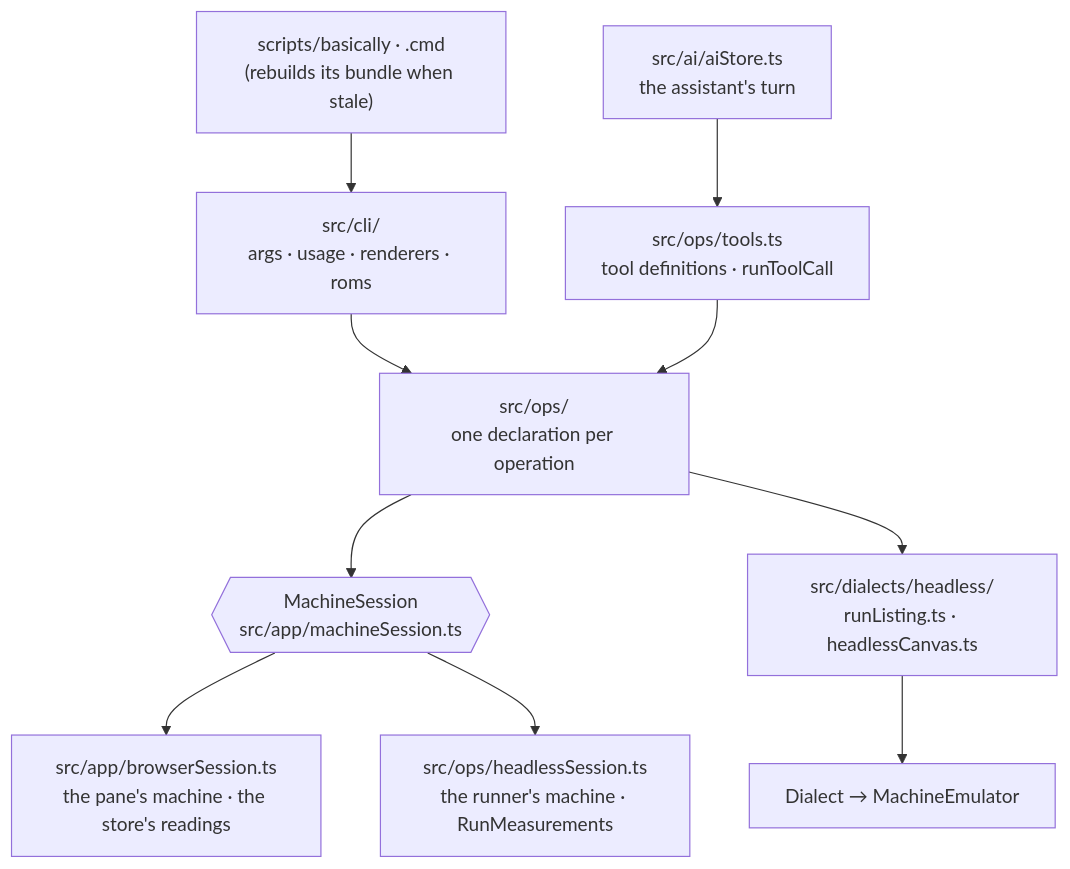
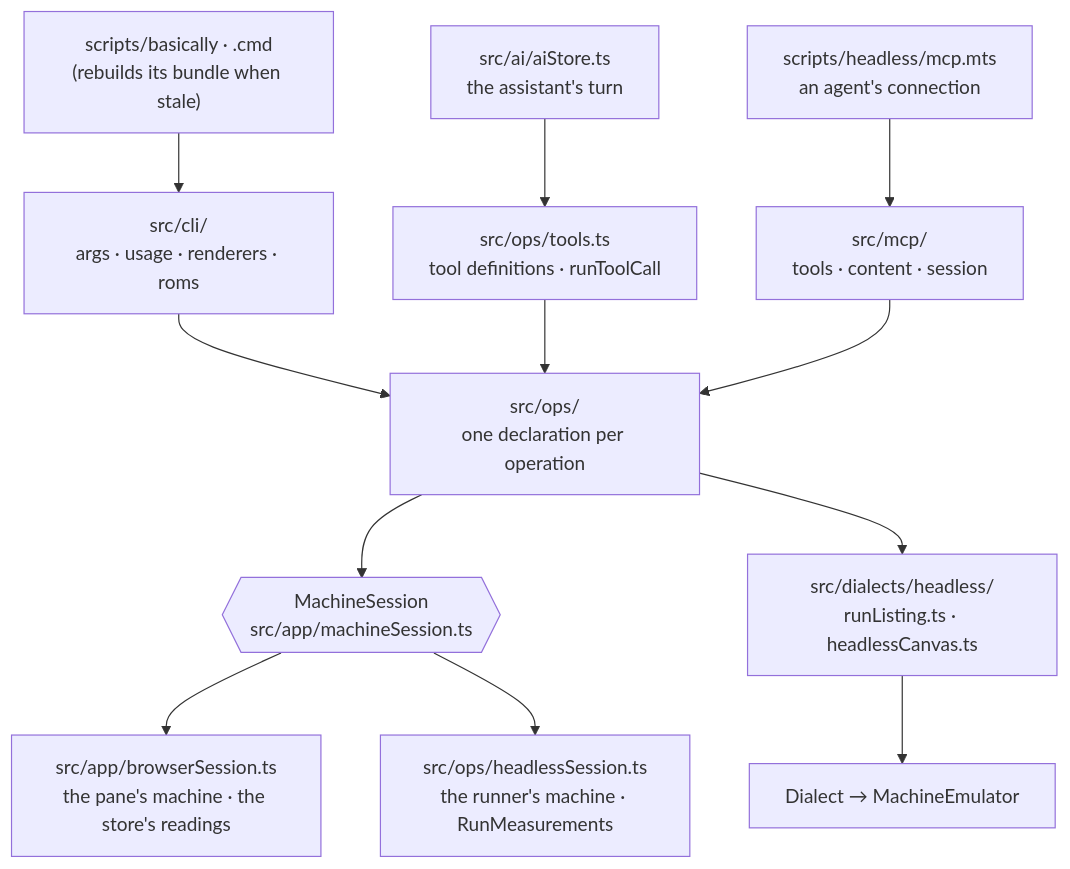
One commit to seanhodges/basically changed diagram 12 of 14 in docs/contributing/architecture.md. Above: the diagram before and after it, drawn with Mermaid. The commit also changed other lines of this file and 32 other files, not shown here.

````diff
--- a/docs/contributing/architecture.md
+++ b/docs/contributing/architecture.md
@@ -704,12 +707,14 @@
 ```mermaid
 flowchart TB
   cli["scripts/basically · .cmd<br/>(rebuilds its bundle when stale)"] --> grammar["src/cli/<br/>args · usage · renderers · roms"]
   grammar --> ops["src/ops/<br/>one declaration per operation"]
   ai["src/ai/aiStore.ts<br/>the assistant's turn"] --> tools["src/ops/tools.ts<br/>tool definitions · runToolCall"]
   tools --> ops
+  mcp["scripts/headless/mcp.mts<br/>an agent's connection"] --> mtools["src/mcp/<br/>tools · content · session"]
+  mtools --> ops
   ops --> session{{"MachineSession<br/>src/app/machineSession.ts"}}
   session --> browser["src/app/browserSession.ts<br/>the pane's machine · the store's readings"]
   session --> headless["src/ops/headlessSession.ts<br/>the runner's machine · RunMeasurements"]
   ops --> hl["src/dialects/headless/<br/>runListing.ts · headlessCanvas.ts"]
   hl --> seam["Dialect → MachineEmulator"]
 ```
````
